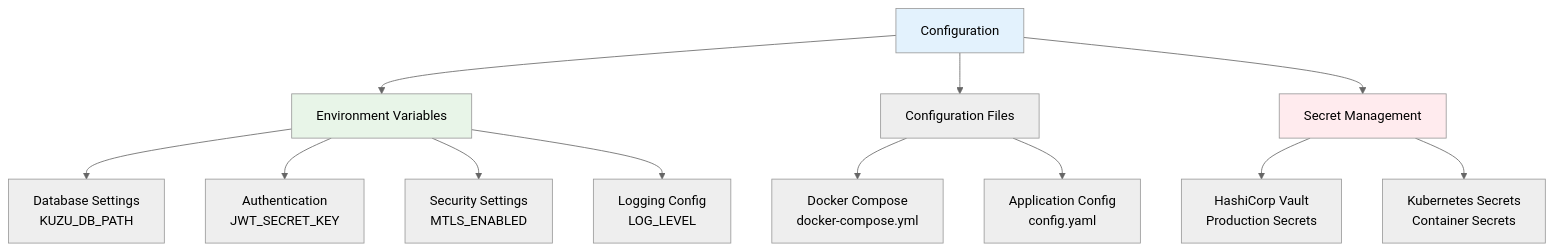
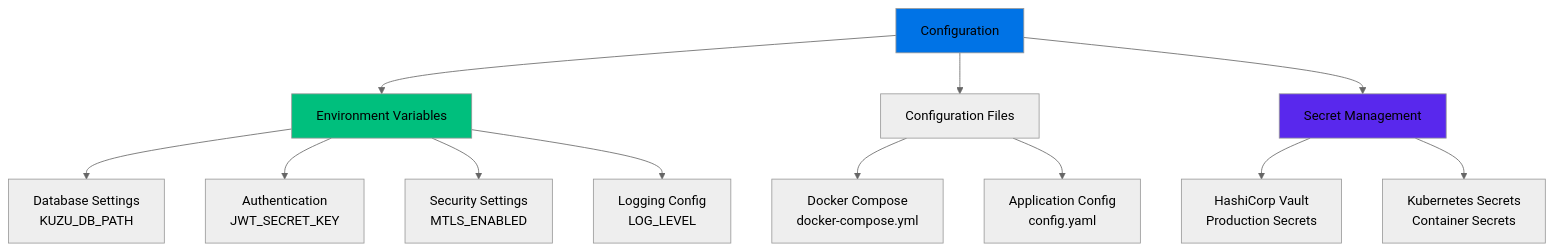
One commit to elementalcollision/GraphMemory-IDE changed diagram 17 of 17 in README.md. Above: the diagram before and after it, drawn with Mermaid (neutral theme). The commit also changed other lines of this file, not shown here.

Commit message:
feat: Apply vibrant color palette to all Mermaid diagrams for improved readability and visual consistency

````diff
--- a/README.md
+++ b/README.md
@@ -1154,21 +1154,21 @@
 ```mermaid
 graph TD
     CONFIG[Configuration] --> ENV[Environment Variables]
     CONFIG --> FILES[Configuration Files]
     CONFIG --> SECRETS[Secret Management]
     
     ENV --> DATABASE[Database Settings<br/>KUZU_DB_PATH]
     ENV --> AUTH[Authentication<br/>JWT_SECRET_KEY]
     ENV --> SECURITY[Security Settings<br/>MTLS_ENABLED]
     ENV --> LOGGING[Logging Config<br/>LOG_LEVEL]
     
     FILES --> DOCKER[Docker Compose<br/>docker-compose.yml]
     FILES --> APP[Application Config<br/>config.yaml]
     
     SECRETS --> VAULT[HashiCorp Vault<br/>Production Secrets]
     SECRETS --> K8S[Kubernetes Secrets<br/>Container Secrets]
     
-    style CONFIG fill:#e3f2fd
-    style ENV fill:#e8f5e8
-    style SECRETS fill:#ffebee
+    style CONFIG fill:#0073e6
+    style ENV fill:#00bf7d
+    style SECRETS fill:#5928ed
 ```
````
